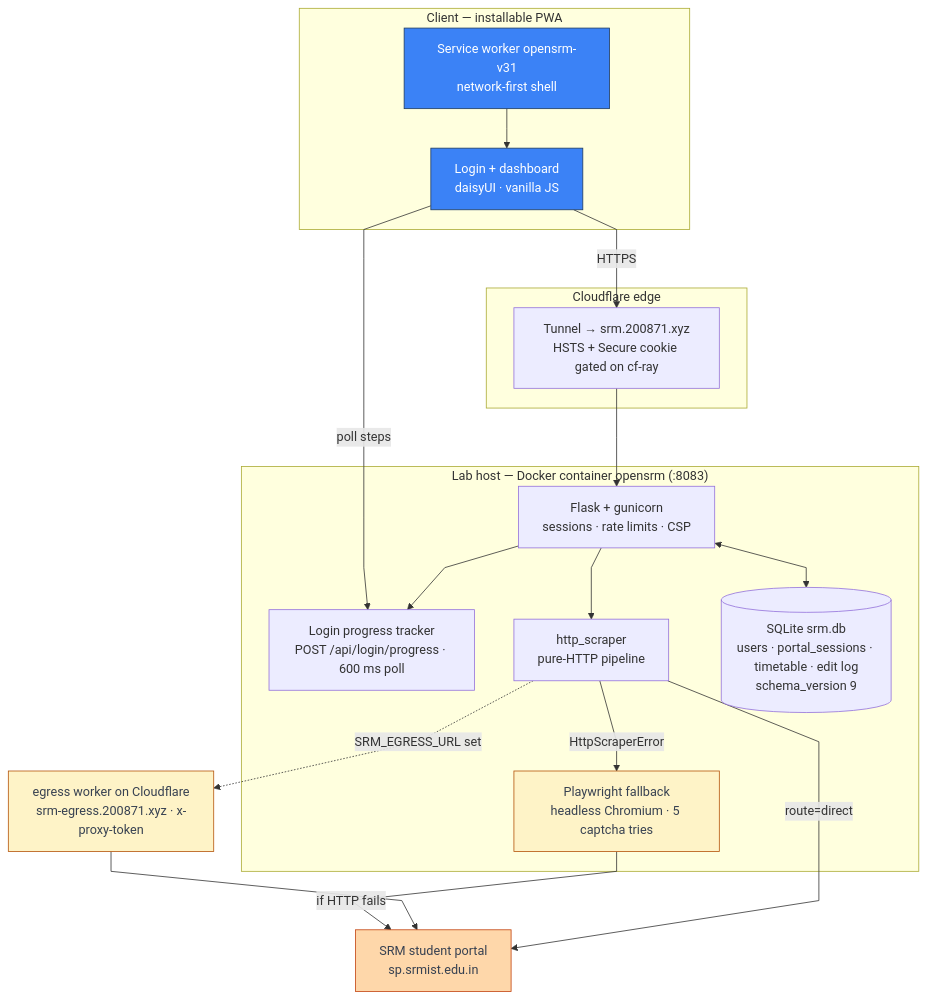
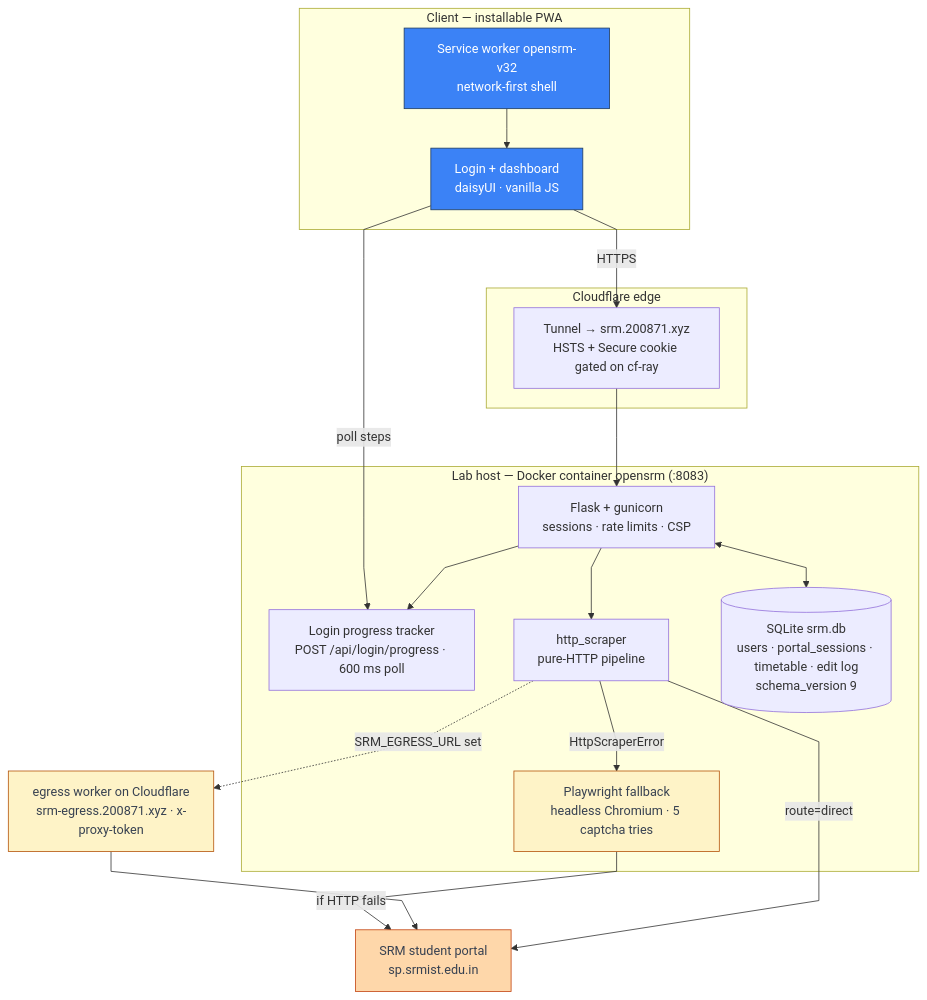
Before and after one commit to thenabbu/OpenSRM: the first of 3 diagrams in README.md, drawn with Mermaid. The commit also changed other lines of this file and 12 other files, not shown here.

````diff
--- a/README.md
+++ b/README.md
@@ -70,43 +70,43 @@
 ```mermaid
 %%{init: {"flowchart": {"curve": "linear"}}}%%
 flowchart TD
     subgraph client["Client — installable PWA"]
         UI["Login + dashboard<br/>daisyUI · vanilla JS"]
-        SW["Service worker opensrm-v31<br/>network-first shell"]
+        SW["Service worker opensrm-v32<br/>network-first shell"]
     end
 
     subgraph edge["Cloudflare edge"]
         TUN["Tunnel → srm.200871.xyz<br/>HSTS + Secure cookie gated on cf-ray"]
     end
 
     subgraph lab["Lab host — Docker container opensrm (:8083)"]
         FL["Flask + gunicorn<br/>sessions · rate limits · CSP"]
         PROG["Login progress tracker<br/>POST /api/login/progress · 600 ms poll"]
         HS["http_scraper<br/>pure-HTTP pipeline"]
         PW["Playwright fallback<br/>headless Chromium · 5 captcha tries"]
         DB[("SQLite srm.db<br/>users · portal_sessions · timetable · edit log<br/>schema_version 9")]
         FL --> PROG
         FL <--> DB
         FL --> HS
         HS -->|"HttpScraperError"| PW
     end
 
     EG["egress worker on Cloudflare<br/>srm-egress.200871.xyz · x-proxy-token"]
     P["SRM student portal<br/>sp.srmist.edu.in"]
 
     UI -->|"HTTPS"| TUN
     TUN --> FL
     SW --> UI
     UI -->|"poll steps"| PROG
     HS -->|"route=direct"| P
     HS -.->|"SRM_EGRESS_URL set"| EG
     EG --> P
     PW -->|"if HTTP fails"| P
 
     classDef client fill:#3b82f6,stroke:#1e3a5f,color:#ffffff
     classDef conditional fill:#fef3c7,stroke:#b45309,color:#374151
     classDef external fill:#fed7aa,stroke:#c2410c,color:#374151
     class UI,SW client
     class PW,EG conditional
     class P external
 ```
````
